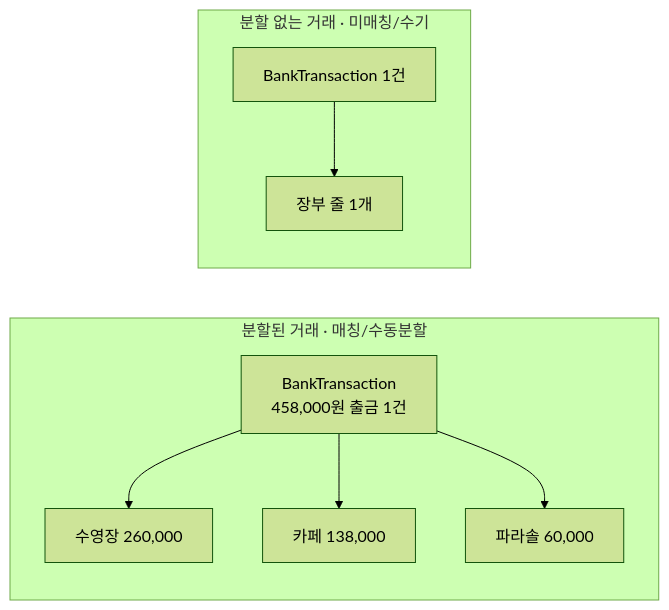
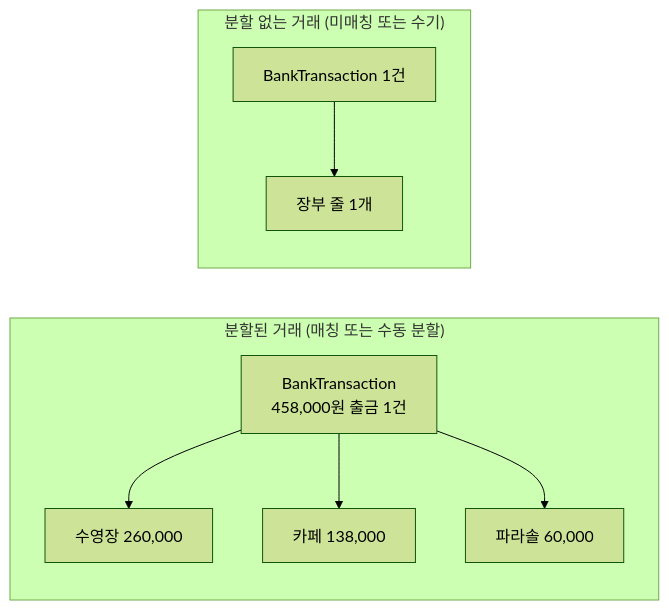
The second of 3 diagrams in NanuriAdmin/Features/Finance/README.md (Ciracino88/nanuri-ios-app), drawn with Mermaid (forest theme) before and after one commit. The commit also changed other lines of this file, not shown here.

First line of the commit message:
재정 README 다이어그램 라벨을 문서 톤에 맞춰 정리

````diff
--- a/NanuriAdmin/Features/Finance/README.md
+++ b/NanuriAdmin/Features/Finance/README.md
@@ -109,12 +109,12 @@
 ```mermaid
 flowchart LR
-    subgraph g1["분할된 거래 · 매칭/수동분할"]
+    subgraph g1["분할된 거래 (매칭 또는 수동 분할)"]
       t1["BankTransaction<br/>458,000원 출금 1건"]
       t1 --> r1["수영장 260,000"]
       t1 --> r2["카페 138,000"]
       t1 --> r3["파라솔 60,000"]
     end
-    subgraph g2["분할 없는 거래 · 미매칭/수기"]
+    subgraph g2["분할 없는 거래 (미매칭 또는 수기)"]
       t2["BankTransaction 1건"] --> r4["장부 줄 1개"]
     end
 ```
````
